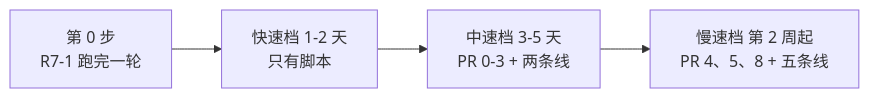
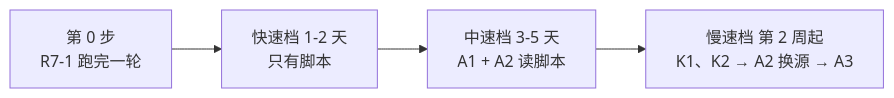
The eighth of 9 diagrams in docs/design/crewmate-team.md (iamwhatever/harness-rsi), drawn with Mermaid before and after one commit. The commit also changed other lines of this file and 3 other files, not shown here.

````diff
--- a/docs/design/crewmate-team.md
+++ b/docs/design/crewmate-team.md
@@ -315,6 +329,6 @@
 ```mermaid
 flowchart LR
   S0["第 0 步<br>R7-1 跑完一轮"] --> FA["快速档 1-2 天<br>只有脚本"]
-  FA --> ME["中速档 3-5 天<br>PR 0-3 + 两条线"]
-  ME --> SL["慢速档 第 2 周起<br>PR 4、5、8 + 五条线"]
+  FA --> ME["中速档 3-5 天<br>A1 + A2 读脚本"]
+  ME --> SL["慢速档 第 2 周起<br>K1、K2 → A2 换源 → A3"]
 ```
````
